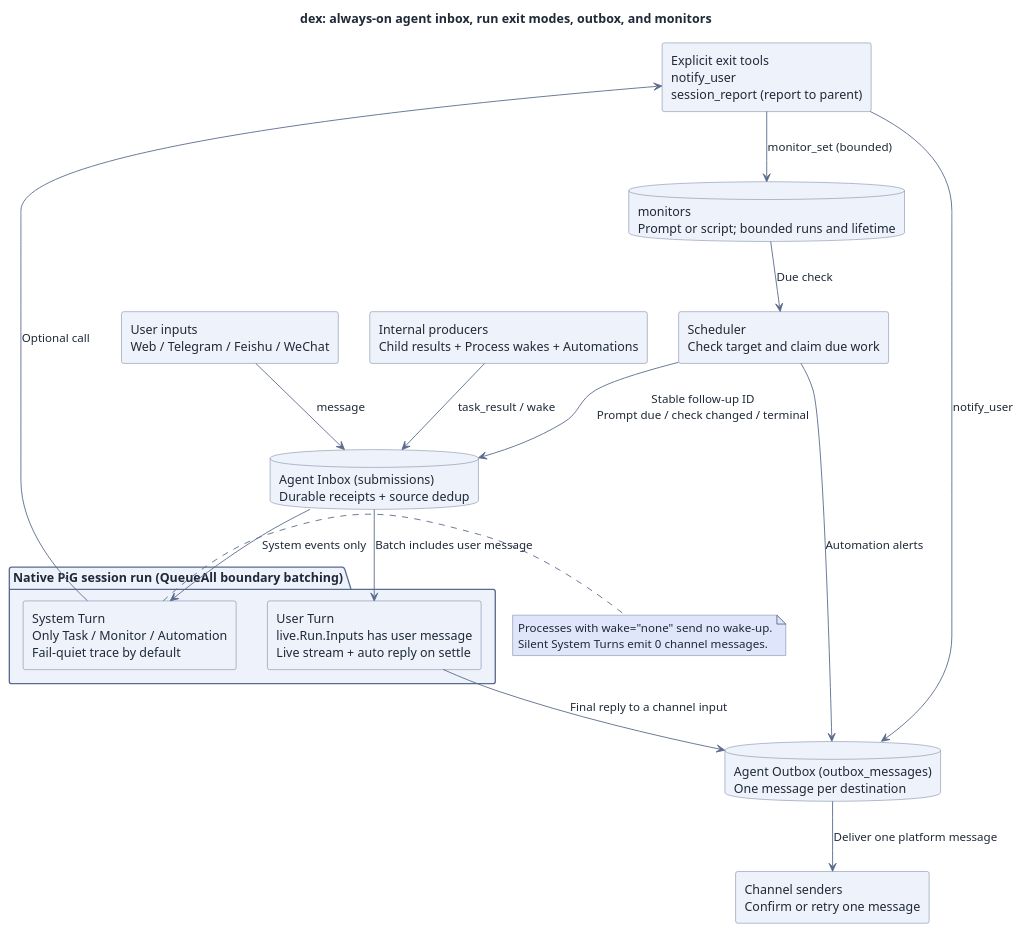
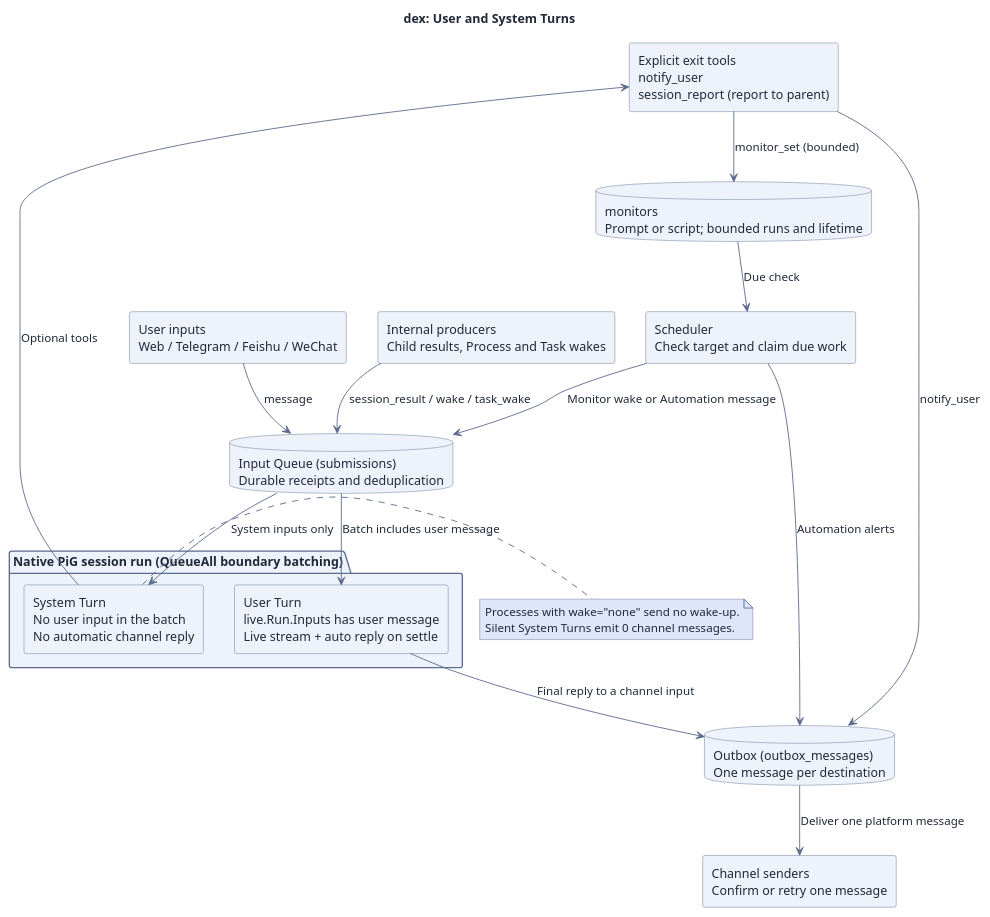
The diagram in docs/assets/src/always-on-flow.puml (recally-io/dex), drawn with PlantUML before and after one commit. The commit also changed 27 other files, not shown here.

```diff
--- a/docs/assets/src/always-on-flow.puml
+++ b/docs/assets/src/always-on-flow.puml
@@ -1,55 +1,55 @@
 @startuml
 skinparam RectangleBackgroundColor #eef2fb
 skinparam RectangleBorderColor #5b6b8c
 skinparam RectangleFontColor #1f2937
 skinparam DatabaseBackgroundColor #eef2fb
 skinparam DatabaseBorderColor #5b6b8c
 skinparam DatabaseFontColor #1f2937
 skinparam PackageBackgroundColor #eef2fb
 skinparam PackageBorderColor #5b6b8c
 skinparam DefaultFontColor #1f2937
 skinparam ArrowColor #5b6b8c
 skinparam ArrowFontColor #1f2937
 skinparam NoteBackgroundColor #dfe5fb
 skinparam NoteBorderColor #5b6b8c
 skinparam NoteFontColor #1f2937
 skinparam BackgroundColor #ffffff
-title dex: always-on agent inbox, run exit modes, outbox, and monitors
+title dex: User and System Turns
 top to bottom direction
 
 rectangle "User inputs\nWeb / Telegram / Feishu / WeChat" as user_in
-rectangle "Internal producers\nChild results + Process wakes + Automations" as sys_in
+rectangle "Internal producers\nChild results, Process and Task wakes" as sys_in
 database "monitors\nPrompt or script; bounded runs and lifetime" as monitors
 rectangle "Scheduler\nCheck target and claim due work" as sched
 
-database "Agent Inbox (submissions)\nDurable receipts + source dedup" as inbox
+database "Input Queue (submissions)\nDurable receipts and deduplication" as queue
 
 package "Native PiG session run (QueueAll boundary batching)" as run {
   rectangle "User Turn\nlive.Run.Inputs has user message\nLive stream + auto reply on settle" as user_turn
-  rectangle "System Turn\nOnly Task / Monitor / Automation\nFail-quiet trace by default" as sys_turn
+  rectangle "System Turn\nNo user input in the batch\nNo automatic channel reply" as sys_turn
 }
 
 rectangle "Explicit exit tools\nnotify_user\nsession_report (report to parent)" as tools
-database "Agent Outbox (outbox_messages)\nOne message per destination" as outbox
+database "Outbox (outbox_messages)\nOne message per destination" as outbox
 rectangle "Channel senders\nConfirm or retry one message" as dispatch
 
 monitors --> sched : Due check
-sched --> inbox : Stable follow-up ID\nPrompt due / check changed / terminal
-user_in --> inbox : message
-sys_in --> inbox : task_result / wake
+sched --> queue : Monitor wake or Automation message
+user_in --> queue : message
+sys_in --> queue : session_result / wake / task_wake
 
-inbox --> user_turn : Batch includes user message
-inbox --> sys_turn : System events only
+queue --> user_turn : Batch includes user message
+queue --> sys_turn : System inputs only
 
 user_turn --> outbox : Final reply to a channel input
-sys_turn --> tools : Optional call
+sys_turn --> tools : Optional tools
 tools --> outbox : notify_user
 tools --> monitors : monitor_set (bounded)
 
 sched --> outbox : Automation alerts
 outbox --> dispatch : Deliver one platform message
 note right of sys_turn
   Processes with wake="none" send no wake-up.
   Silent System Turns emit 0 channel messages.
 end note
 @enduml
```
